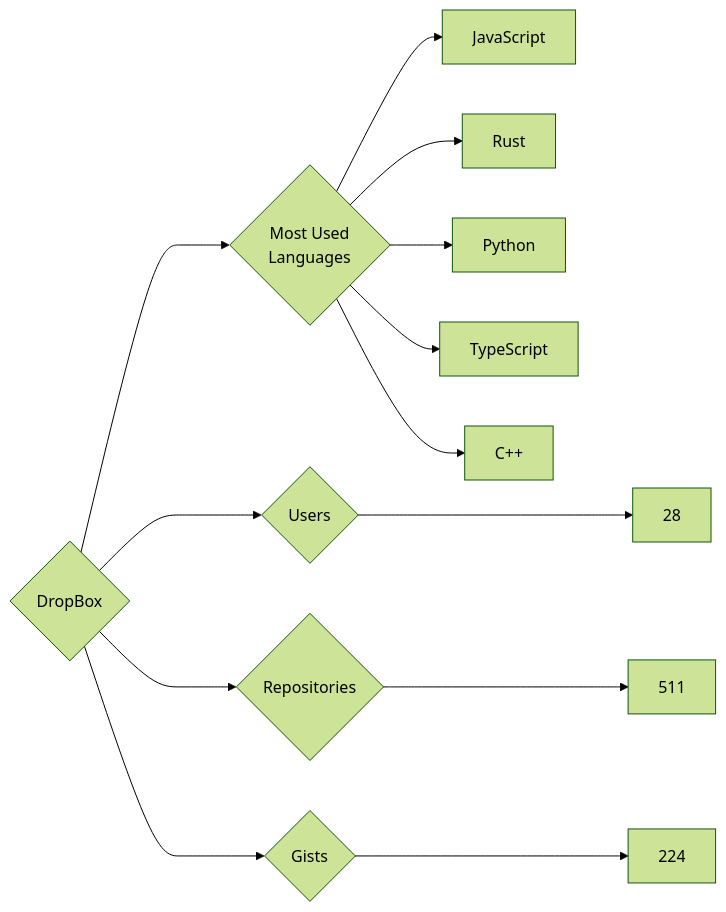
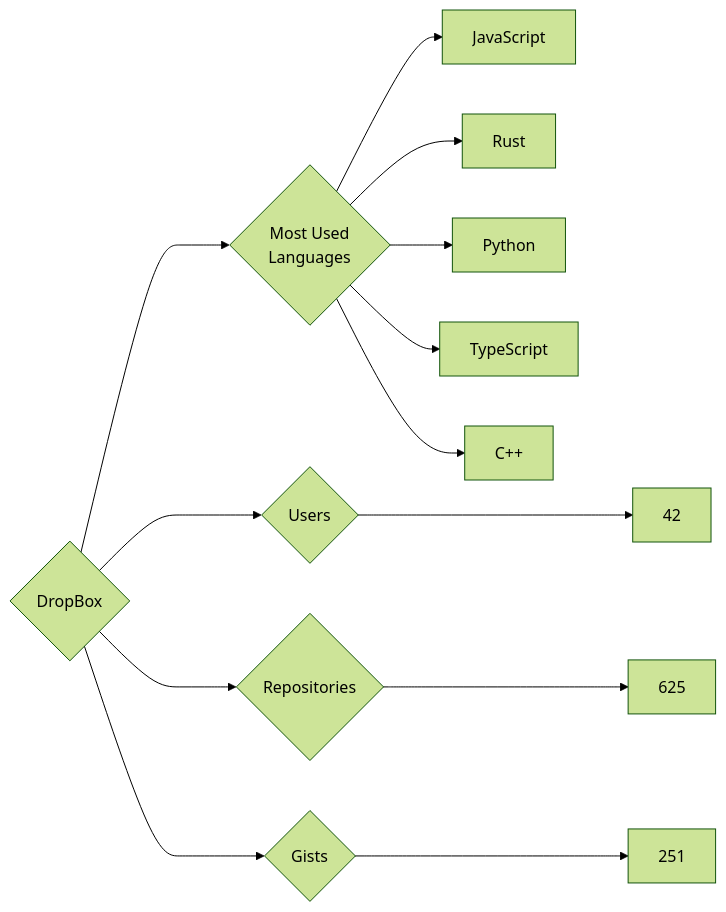
The diagram in targets/DropBox/README.md (trickest/insiders), drawn with Mermaid (forest theme) before and after one commit. The commit also changed 757 other files, not shown here.

````diff
--- a/targets/DropBox/README.md
+++ b/targets/DropBox/README.md
@@ -3,13 +3,13 @@
 ```mermaid
 graph LR
 COMPANY_NAME{DropBox}
-COMPANY_NAME ---> U{Users} ---> UN[28]
-COMPANY_NAME ---> R{Repositories} ---> RN[511]
-COMPANY_NAME ---> G{Gists} ---> GN[224]
+COMPANY_NAME ---> U{Users} ---> UN[42]
+COMPANY_NAME ---> R{Repositories} ---> RN[625]
+COMPANY_NAME ---> G{Gists} ---> GN[251]
 COMPANY_NAME ---> ML{Most Used<br>Languages}
 ML --> JavaScript[JavaScript]
 ML --> Rust[Rust]
 ML --> Python[Python]
 ML --> TypeScript[TypeScript]
 ML --> C++[C++]
 ```
````
